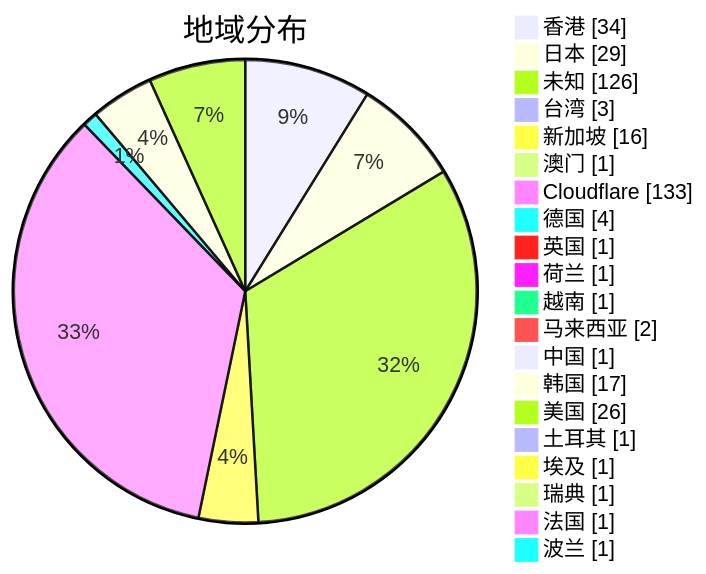
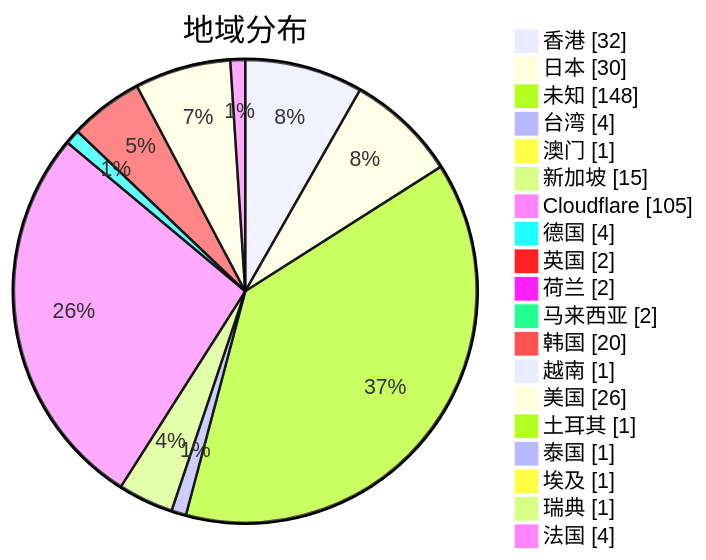
The second of 3 diagrams in subs/statistics/tested_within.md (qjlxg/airport), drawn with Mermaid before and after one commit. The commit also changed other lines of this file and 2 other files, not shown here.

Commit message:
Tested by metaST

````diff
--- a/subs/statistics/tested_within.md
+++ b/subs/statistics/tested_within.md
@@ -13,24 +13,23 @@
 ```mermaid
 pie showData
 title 地域分布
-"香港" : 34
-"日本" : 29
-"未知" : 126
-"台湾" : 3
-"新加坡" : 16
+"香港" : 32
+"日本" : 30
+"未知" : 148
+"台湾" : 4
 "澳门" : 1
-"Cloudflare" : 133
+"新加坡" : 15
+"Cloudflare" : 105
 "德国" : 4
-"英国" : 1
-"荷兰" : 1
+"英国" : 2
+"荷兰" : 2
+"马来西亚" : 2
+"韩国" : 20
 "越南" : 1
-"马来西亚" : 2
-"中国" : 1
-"韩国" : 17
 "美国" : 26
 "土耳其" : 1
+"泰国" : 1
 "埃及" : 1
 "瑞典" : 1
-"法国" : 1
-"波兰" : 1
+"法国" : 4
 ```
````
